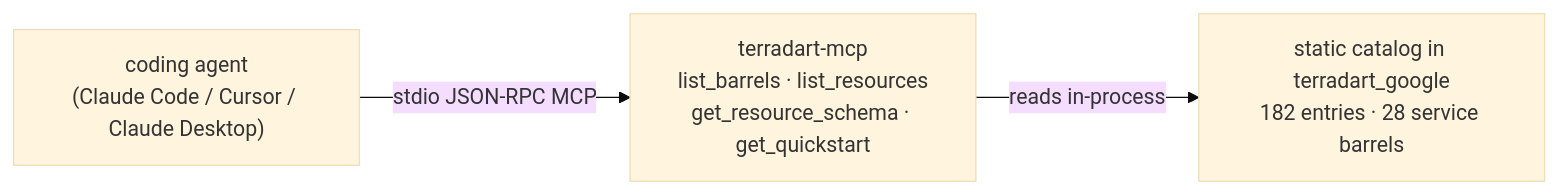
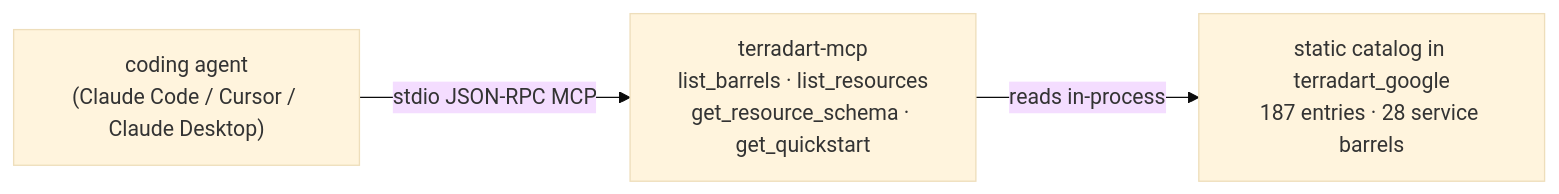
The diagram in website/src/content/docs/docs/agent/index.md (nozomi-koborinai/terradart), drawn with Mermaid (base theme) before and after one commit. The commit also changed other lines of this file and 33 other files, not shown here.

````diff
--- a/website/src/content/docs/docs/agent/index.md
+++ b/website/src/content/docs/docs/agent/index.md
@@ -12,8 +12,8 @@
 ```mermaid
 graph LR
   agent["coding agent<br/>(Claude Code / Cursor / Claude Desktop)"]
   mcp["terradart-mcp<br/>list_barrels · list_resources<br/>get_resource_schema · get_quickstart"]
-  catalog["static catalog in terradart_google<br/>182 entries · 28 service barrels"]
+  catalog["static catalog in terradart_google<br/>187 entries · 28 service barrels"]
   agent -->|stdio JSON-RPC MCP| mcp
   mcp -->|reads in-process| catalog
 ```
````
